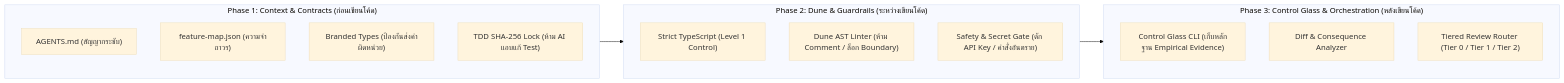
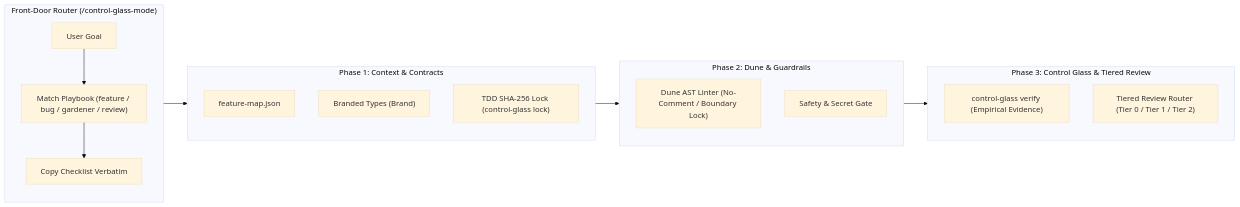
Before and after one commit to Sakeerin/control-glass: the diagram in README.md, drawn with Mermaid (base theme). The commit also changed other lines of this file and 22 other files, not shown here.

Commit message:
feat(plugin): package control-glass as reusable AI plugin (/control-glass-mode) and CLI tool

````diff
--- a/README.md
+++ b/README.md
@@ -22,23 +37,25 @@
 ```mermaid
 flowchart LR
-    subgraph Phase1["Phase 1: Context & Contracts (ก่อนเขียนโค้ด)"]
-        A1["AGENTS.md (สัญญากระชับ)"]
-        A2["feature-map.json (ความจำถาวร)"]
-        A3["Branded Types (ป้องกันส่งค่าผิดหน่วย)"]
-        A4["TDD SHA-256 Lock (ห้าม AI แอบแก้ Test)"]
+    subgraph Router["Front-Door Router (/control-glass-mode)"]
+        R0["User Goal"] --> R1["Match Playbook (feature / bug / gardener / review)"]
+        R1 --> R2["Copy Checklist Verbatim"]
     end
 
-    subgraph Phase2["Phase 2: Dune & Guardrails (ระหว่างเขียนโค้ด)"]
-        B1["Strict TypeScript (Level 1 Control)"]
-        B2["Dune AST Linter (ห้าม Comment / ล็อก Boundary)"]
-        B3["Safety & Secret Gate (ดัก API Key / คำสั่งอันตราย)"]
+    subgraph Phase1["Phase 1: Context & Contracts"]
+        A1["feature-map.json"]
+        A2["Branded Types (Brand<T>)"]
+        A3["TDD SHA-256 Lock (control-glass lock)"]
     end
 
-    subgraph Phase3["Phase 3: Control Glass & Orchestration (หลังเขียนโค้ด)"]
-        C1["Control Glass CLI (เก็บหลักฐาน Empirical Evidence)"]
-        C2["Diff & Consequence Analyzer"]
-        C3["Tiered Review Router (Tier 0 / Tier 1 / Tier 2)"]
+    subgraph Phase2["Phase 2: Dune & Guardrails"]
+        B1["Dune AST Linter (No-Comment / Boundary Lock)"]
+        B2["Safety & Secret Gate"]
     end
 
-    Phase1 --> Phase2 --> Phase3
+    subgraph Phase3["Phase 3: Control Glass & Tiered Review"]
+        C1["control-glass verify (Empirical Evidence)"]
+        C2["Tiered Review Router (Tier 0 / Tier 1 / Tier 2)"]
+    end
+
+    Router --> Phase1 --> Phase2 --> Phase3
 ```
````
